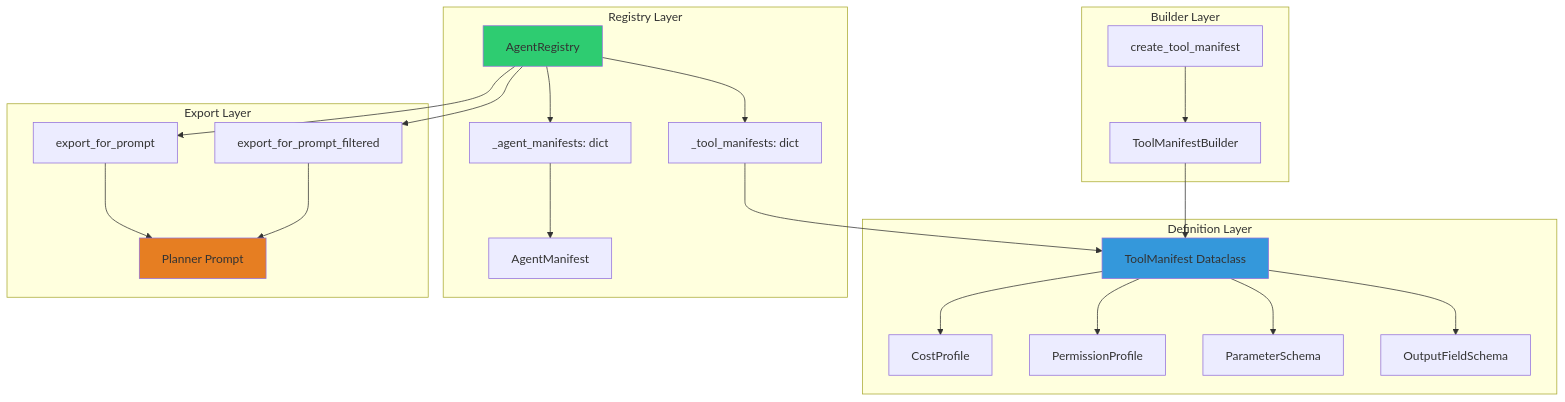
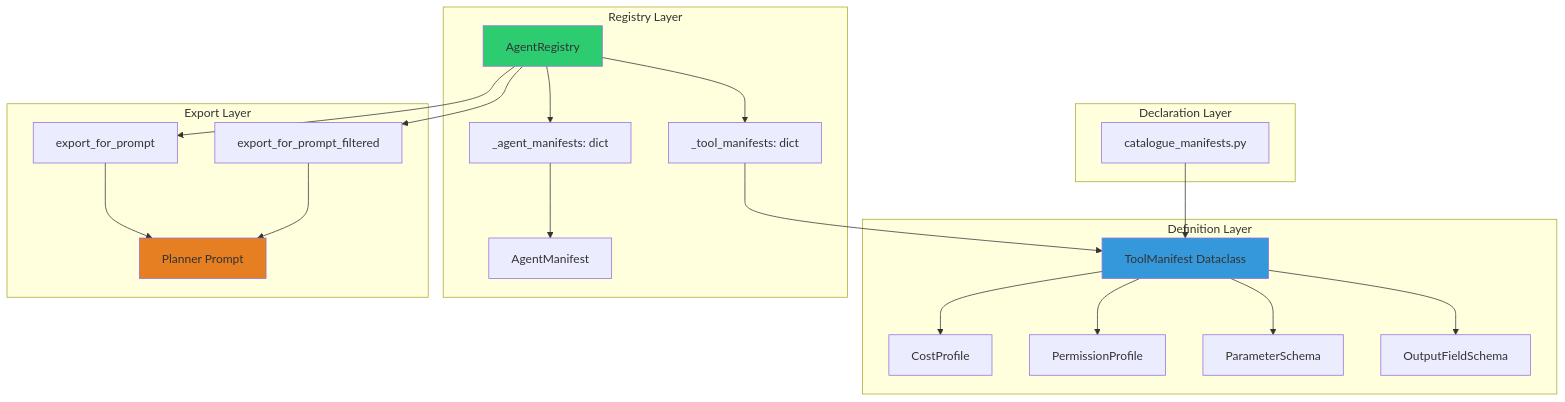
The second of 3 diagrams in docs/technical/AGENT_MANIFEST.md (jgouviergmail/LIA-Assistant), drawn with Mermaid before and after one commit. The commit also changed other lines of this file and 119 other files, not shown here.

````diff
--- a/docs/technical/AGENT_MANIFEST.md
+++ b/docs/technical/AGENT_MANIFEST.md
@@ -153,32 +153,31 @@
 ```mermaid
 graph TB
     subgraph "Definition Layer"
         A[ToolManifest Dataclass] --> B[CostProfile]
         A --> C[PermissionProfile]
         A --> D[ParameterSchema]
         A --> E[OutputFieldSchema]
     end
 
-    subgraph "Builder Layer"
-        F[ToolManifestBuilder] --> A
-        G[create_tool_manifest] --> F
+    subgraph "Declaration Layer"
+        F[catalogue_manifests.py] --> A
     end
 
     subgraph "Registry Layer"
         H[AgentRegistry] --> I[_tool_manifests: dict]
         H --> J[_agent_manifests: dict]
         I --> A
         J --> K[AgentManifest]
     end
 
     subgraph "Export Layer"
         H --> L[export_for_prompt]
         H --> M[export_for_prompt_filtered]
         L --> N[Planner Prompt]
         M --> N
     end
 
     style A fill:#3498db
     style H fill:#2ecc71
     style N fill:#e67e22
 ```
````
